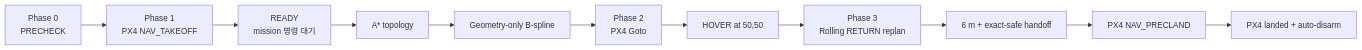
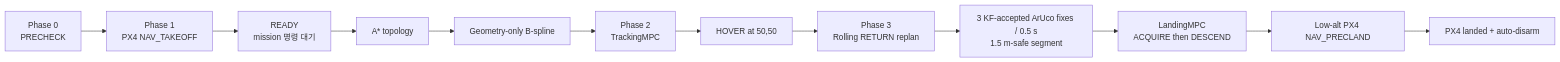
Before and after one commit to SeyeongW/PX4-ROS2: the diagram in README.md, drawn with Mermaid. The commit also changed other lines of this file and 22 other files, not shown here.

```diff
--- a/README.md
+++ b/README.md
@@ -194,13 +248,14 @@
 ~~~mermaid
 flowchart LR
     A[Phase 0<br/>PRECHECK] --> B[Phase 1<br/>PX4 NAV_TAKEOFF]
     B --> R[READY<br/>mission 명령 대기]
     R --> C[A* topology]
     C --> D[Geometry-only B-spline]
-    D --> E[Phase 2<br/>PX4 Goto]
+    D --> E[Phase 2<br/>TrackingMPC]
     E --> F[HOVER at 50,50]
     F --> G[Phase 3<br/>Rolling RETURN replan]
-    G --> H[6 m + exact-safe handoff]
-    H --> I[PX4 NAV_PRECLAND]
-    I --> J[PX4 landed + auto-disarm]
+    G --> H[3 KF-accepted ArUco fixes / 0.5 s<br/>1.5 m-safe segment]
+    H --> I[LandingMPC<br/>ACQUIRE then DESCEND]
+    I --> J[Low-alt PX4 NAV_PRECLAND]
+    J --> K[PX4 landed + auto-disarm]
 ~~~
```
